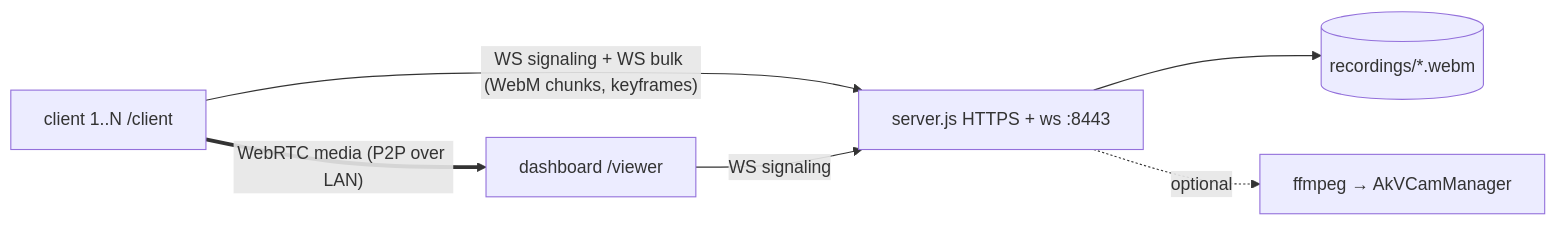
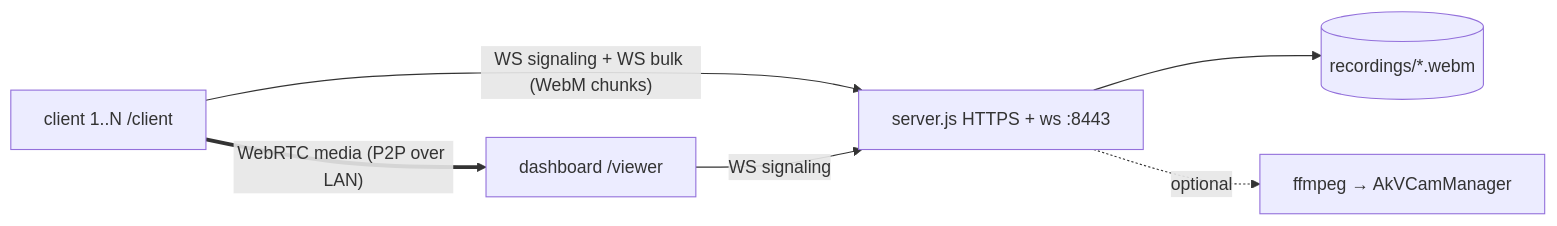
One commit to sebuju/synora changed the diagram in README.md. Above: the diagram before and after it, drawn with Mermaid. The commit also changed other lines of this file and 18 other files, not shown here.

````diff
--- a/README.md
+++ b/README.md
@@ -44,14 +43,14 @@
 ```mermaid
 flowchart LR
     P1["client 1..N  /client"]
     S["server.js  HTTPS + ws  :8443"]
     V["dashboard  /viewer"]
     R[("recordings/*.webm")]
     C["ffmpeg → AkVCamManager"]
 
-    P1 -- "WS signaling + WS bulk (WebM chunks, keyframes)" --> S
+    P1 -- "WS signaling + WS bulk (WebM chunks)" --> S
     V -- "WS signaling" --> S
     S --> R
     S -.optional.-> C
     P1 == "WebRTC media (P2P over LAN)" ==> V
 ```
````
